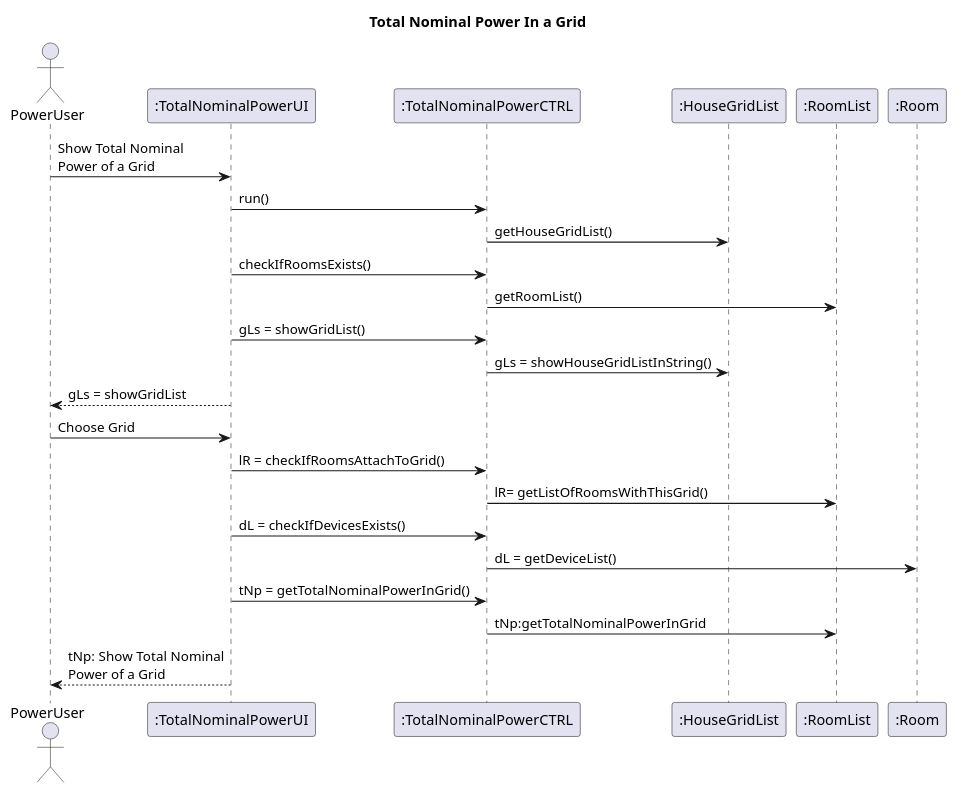
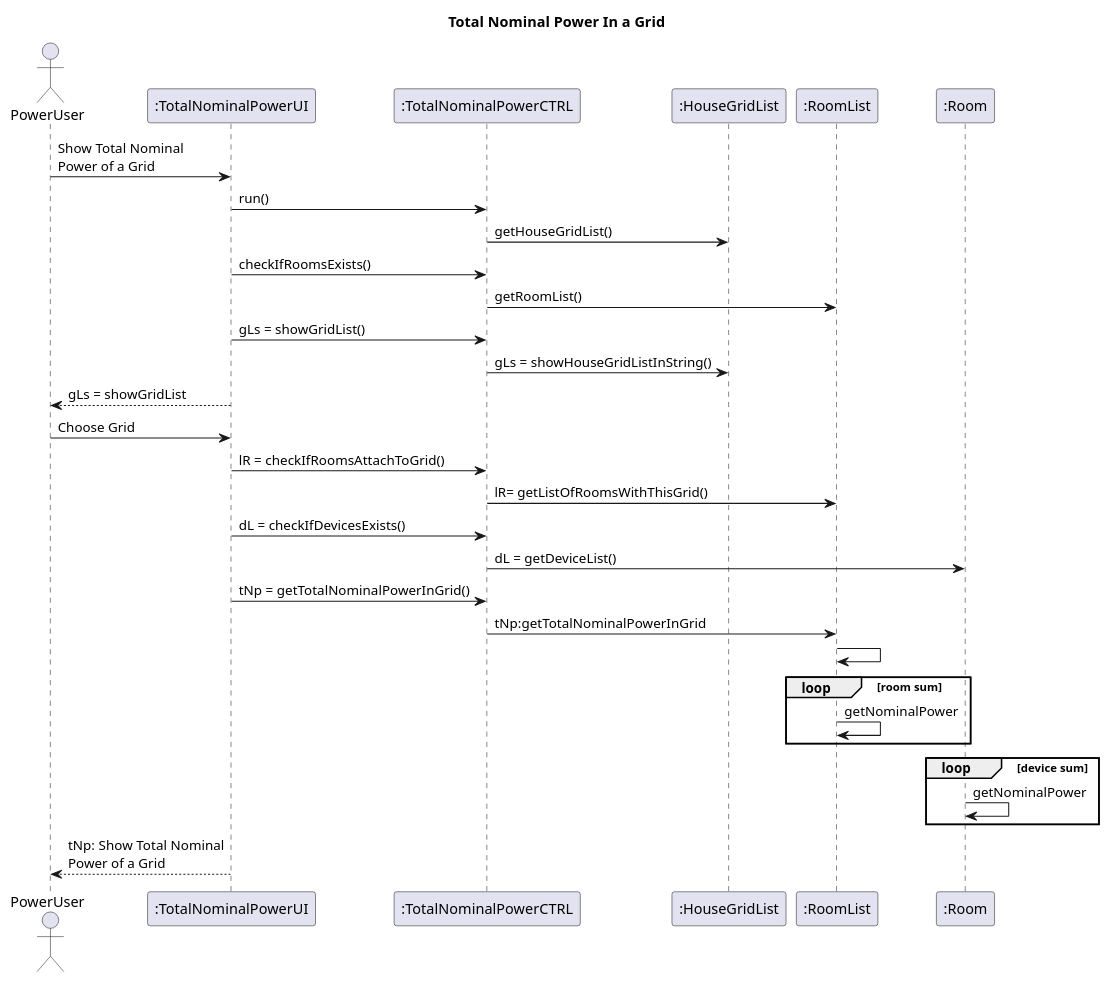
The diagram in src/main/java/smarthome/uml/sequencediagrams/TotalNominalPowerInGrid.puml (emanuel-pereira/hou), drawn with PlantUML before and after one commit. The commit also changed 2 other files, not shown here.

Commit message:
Update Domain Model Insert loop in TotalNominalPowerInGrid

```diff
--- a/src/main/java/smarthome/uml/sequencediagrams/TotalNominalPowerInGrid.puml
+++ b/src/main/java/smarthome/uml/sequencediagrams/TotalNominalPowerInGrid.puml
@@ -1,24 +1,34 @@
 @startuml
 title Total Nominal Power In a Grid
 actor PowerUser
 
 PowerUser -> ":TotalNominalPowerUI": Show Total Nominal\nPower of a Grid
 ":TotalNominalPowerUI" -> ":TotalNominalPowerCTRL": run()
 ":TotalNominalPowerCTRL" -> ":HouseGridList": getHouseGridList()
 ":TotalNominalPowerUI" -> ":TotalNominalPowerCTRL": checkIfRoomsExists()
 ":TotalNominalPowerCTRL" -> ":RoomList": getRoomList()
 ":TotalNominalPowerUI" -> ":TotalNominalPowerCTRL": gLs = showGridList()
 ":TotalNominalPowerCTRL" -> ":HouseGridList": gLs = showHouseGridListInString()
 ":TotalNominalPowerUI" --> PowerUser: gLs = showGridList
 PowerUser -> ":TotalNominalPowerUI": Choose Grid
 ":TotalNominalPowerUI" -> ":TotalNominalPowerCTRL": lR = checkIfRoomsAttachToGrid()
 ":TotalNominalPowerCTRL" -> ":RoomList": lR= getListOfRoomsWithThisGrid()
 ":TotalNominalPowerUI" -> ":TotalNominalPowerCTRL": dL = checkIfDevicesExists()
 ":TotalNominalPowerCTRL" -> ":Room": dL = getDeviceList()
 ":TotalNominalPowerUI" -> ":TotalNominalPowerCTRL": tNp = getTotalNominalPowerInGrid()
 ":TotalNominalPowerCTRL" -> ":RoomList": tNp:getTotalNominalPowerInGrid
+	    	    ":RoomList" -> ":RoomList"
+
+loop room sum
+   	   	    ":RoomList" -> ":RoomList": getNominalPower
+   end
+
+ loop device sum
+   	   	    ":Room" -> ":Room": getNominalPower
+   end
+
 ":TotalNominalPowerUI" -->PowerUser: tNp: Show Total Nominal\nPower of a Grid
 
 
 
 @enduml
```
